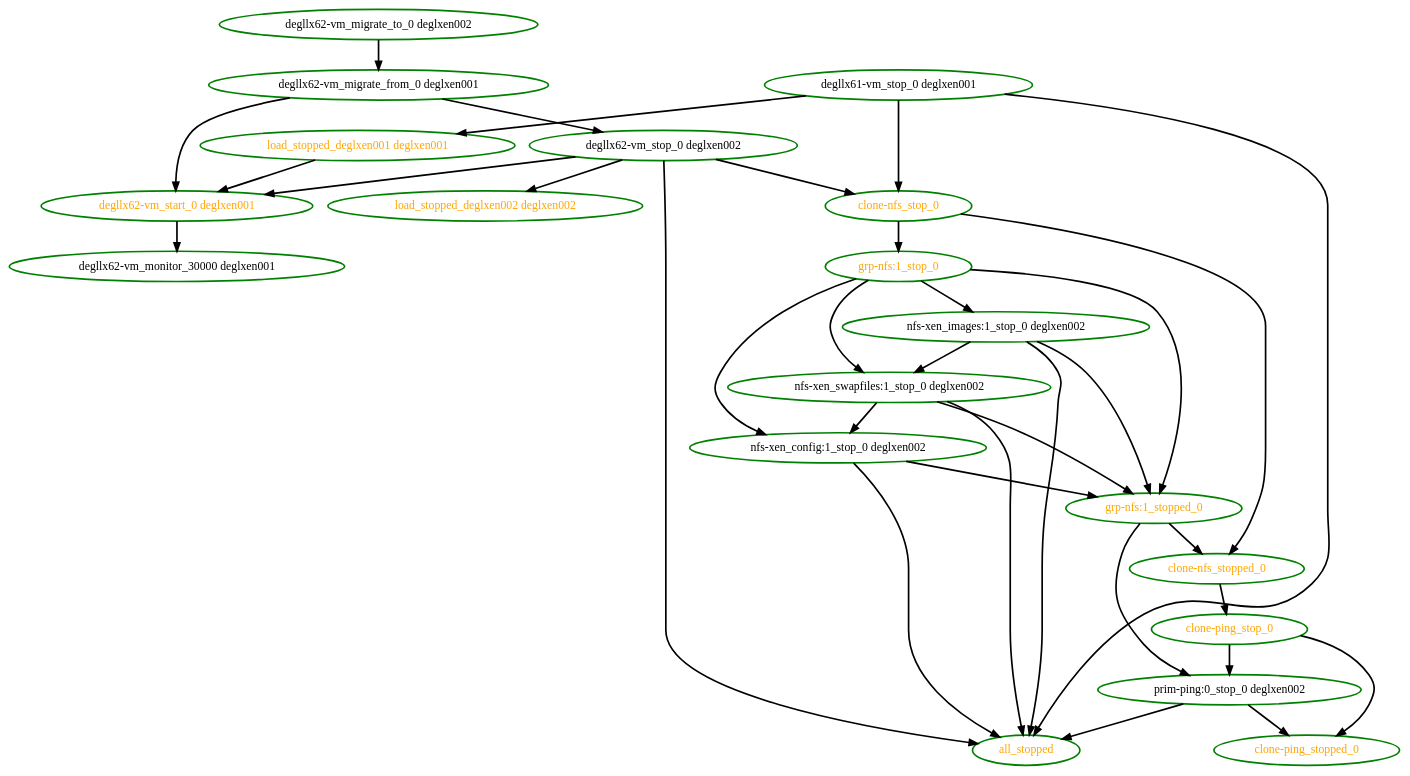
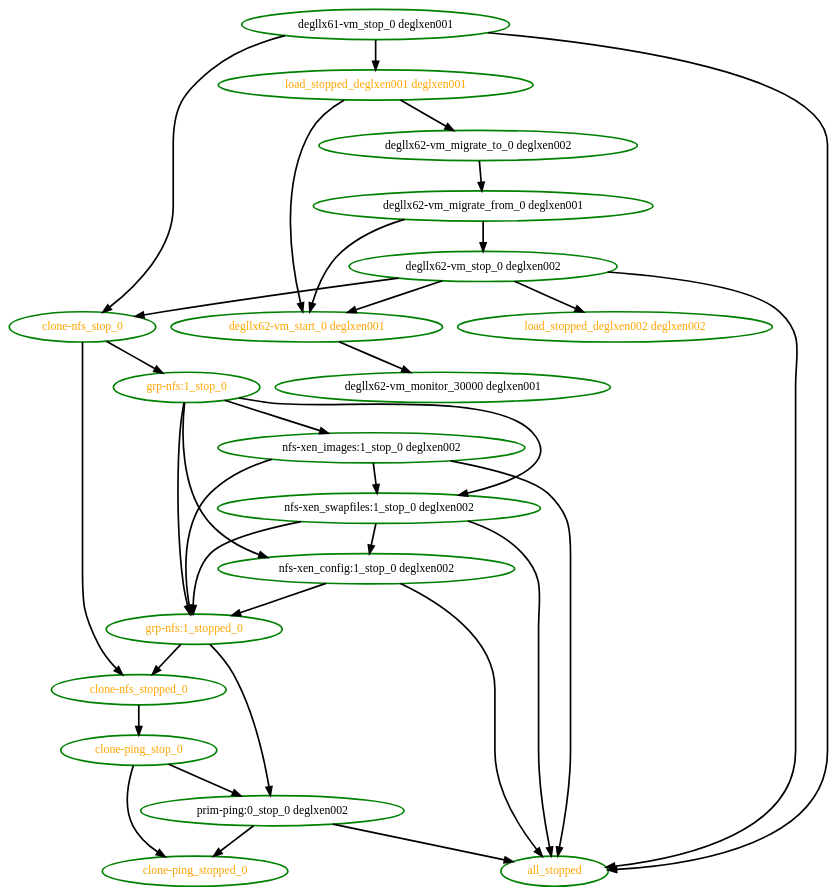
Before and after one commit to ClusterLabs/pacemaker: the diagram in pengine/test10/utilization-order4.dot, drawn with Graphviz. The commit also changed 11 other files, not shown here.

```diff
--- a/pengine/test10/utilization-order4.dot
+++ b/pengine/test10/utilization-order4.dot
@@ -1,54 +1,55 @@
 digraph "g" {
 "all_stopped" [ style=bold color="green" fontcolor="orange" ]
 "clone-nfs_stop_0" -> "clone-nfs_stopped_0" [ style = bold]
 "clone-nfs_stop_0" -> "grp-nfs:1_stop_0" [ style = bold]
 "clone-nfs_stop_0" [ style=bold color="green" fontcolor="orange" ]
 "clone-nfs_stopped_0" -> "clone-ping_stop_0" [ style = bold]
 "clone-nfs_stopped_0" [ style=bold color="green" fontcolor="orange" ]
 "clone-ping_stop_0" -> "clone-ping_stopped_0" [ style = bold]
 "clone-ping_stop_0" -> "prim-ping:0_stop_0 deglxen002" [ style = bold]
 "clone-ping_stop_0" [ style=bold color="green" fontcolor="orange" ]
 "clone-ping_stopped_0" [ style=bold color="green" fontcolor="orange" ]
 "degllx61-vm_stop_0 deglxen001" -> "all_stopped" [ style = bold]
 "degllx61-vm_stop_0 deglxen001" -> "clone-nfs_stop_0" [ style = bold]
 "degllx61-vm_stop_0 deglxen001" -> "load_stopped_deglxen001 deglxen001" [ style = bold]
 "degllx61-vm_stop_0 deglxen001" [ style=bold color="green" fontcolor="black" ]
 "degllx62-vm_migrate_from_0 deglxen001" -> "degllx62-vm_start_0 deglxen001" [ style = bold]
 "degllx62-vm_migrate_from_0 deglxen001" -> "degllx62-vm_stop_0 deglxen002" [ style = bold]
 "degllx62-vm_migrate_from_0 deglxen001" [ style=bold color="green" fontcolor="black"]
 "degllx62-vm_migrate_to_0 deglxen002" -> "degllx62-vm_migrate_from_0 deglxen001" [ style = bold]
 "degllx62-vm_migrate_to_0 deglxen002" [ style=bold color="green" fontcolor="black"]
 "degllx62-vm_monitor_30000 deglxen001" [ style=bold color="green" fontcolor="black" ]
 "degllx62-vm_start_0 deglxen001" -> "degllx62-vm_monitor_30000 deglxen001" [ style = bold]
 "degllx62-vm_start_0 deglxen001" [ style=bold color="green" fontcolor="orange"]
 "degllx62-vm_stop_0 deglxen002" -> "all_stopped" [ style = bold]
 "degllx62-vm_stop_0 deglxen002" -> "clone-nfs_stop_0" [ style = bold]
 "degllx62-vm_stop_0 deglxen002" -> "degllx62-vm_start_0 deglxen001" [ style = bold]
 "degllx62-vm_stop_0 deglxen002" -> "load_stopped_deglxen002 deglxen002" [ style = bold]
 "degllx62-vm_stop_0 deglxen002" [ style=bold color="green" fontcolor="black" ]
 "grp-nfs:1_stop_0" -> "grp-nfs:1_stopped_0" [ style = bold]
 "grp-nfs:1_stop_0" -> "nfs-xen_config:1_stop_0 deglxen002" [ style = bold]
 "grp-nfs:1_stop_0" -> "nfs-xen_images:1_stop_0 deglxen002" [ style = bold]
 "grp-nfs:1_stop_0" -> "nfs-xen_swapfiles:1_stop_0 deglxen002" [ style = bold]
 "grp-nfs:1_stop_0" [ style=bold color="green" fontcolor="orange" ]
 "grp-nfs:1_stopped_0" -> "clone-nfs_stopped_0" [ style = bold]
 "grp-nfs:1_stopped_0" -> "prim-ping:0_stop_0 deglxen002" [ style = bold]
 "grp-nfs:1_stopped_0" [ style=bold color="green" fontcolor="orange" ]
+"load_stopped_deglxen001 deglxen001" -> "degllx62-vm_migrate_to_0 deglxen002" [ style = bold]
 "load_stopped_deglxen001 deglxen001" -> "degllx62-vm_start_0 deglxen001" [ style = bold]
 "load_stopped_deglxen001 deglxen001" [ style=bold color="green" fontcolor="orange" ]
 "load_stopped_deglxen002 deglxen002" [ style=bold color="green" fontcolor="orange" ]
 "nfs-xen_config:1_stop_0 deglxen002" -> "all_stopped" [ style = bold]
 "nfs-xen_config:1_stop_0 deglxen002" -> "grp-nfs:1_stopped_0" [ style = bold]
 "nfs-xen_config:1_stop_0 deglxen002" [ style=bold color="green" fontcolor="black" ]
 "nfs-xen_images:1_stop_0 deglxen002" -> "all_stopped" [ style = bold]
 "nfs-xen_images:1_stop_0 deglxen002" -> "grp-nfs:1_stopped_0" [ style = bold]
 "nfs-xen_images:1_stop_0 deglxen002" -> "nfs-xen_swapfiles:1_stop_0 deglxen002" [ style = bold]
 "nfs-xen_images:1_stop_0 deglxen002" [ style=bold color="green" fontcolor="black" ]
 "nfs-xen_swapfiles:1_stop_0 deglxen002" -> "all_stopped" [ style = bold]
 "nfs-xen_swapfiles:1_stop_0 deglxen002" -> "grp-nfs:1_stopped_0" [ style = bold]
 "nfs-xen_swapfiles:1_stop_0 deglxen002" -> "nfs-xen_config:1_stop_0 deglxen002" [ style = bold]
 "nfs-xen_swapfiles:1_stop_0 deglxen002" [ style=bold color="green" fontcolor="black" ]
 "prim-ping:0_stop_0 deglxen002" -> "all_stopped" [ style = bold]
 "prim-ping:0_stop_0 deglxen002" -> "clone-ping_stopped_0" [ style = bold]
 "prim-ping:0_stop_0 deglxen002" [ style=bold color="green" fontcolor="black" ]
 }
```
